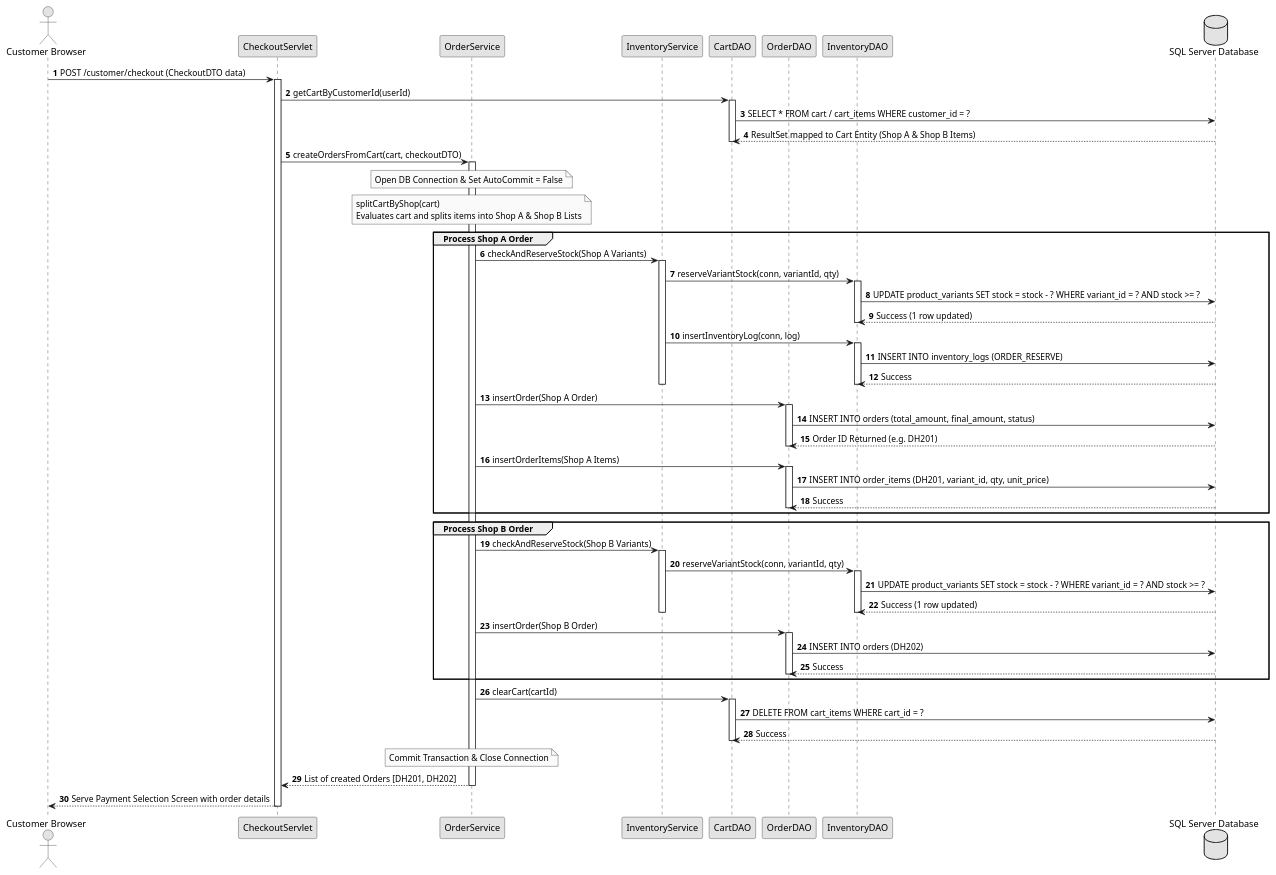
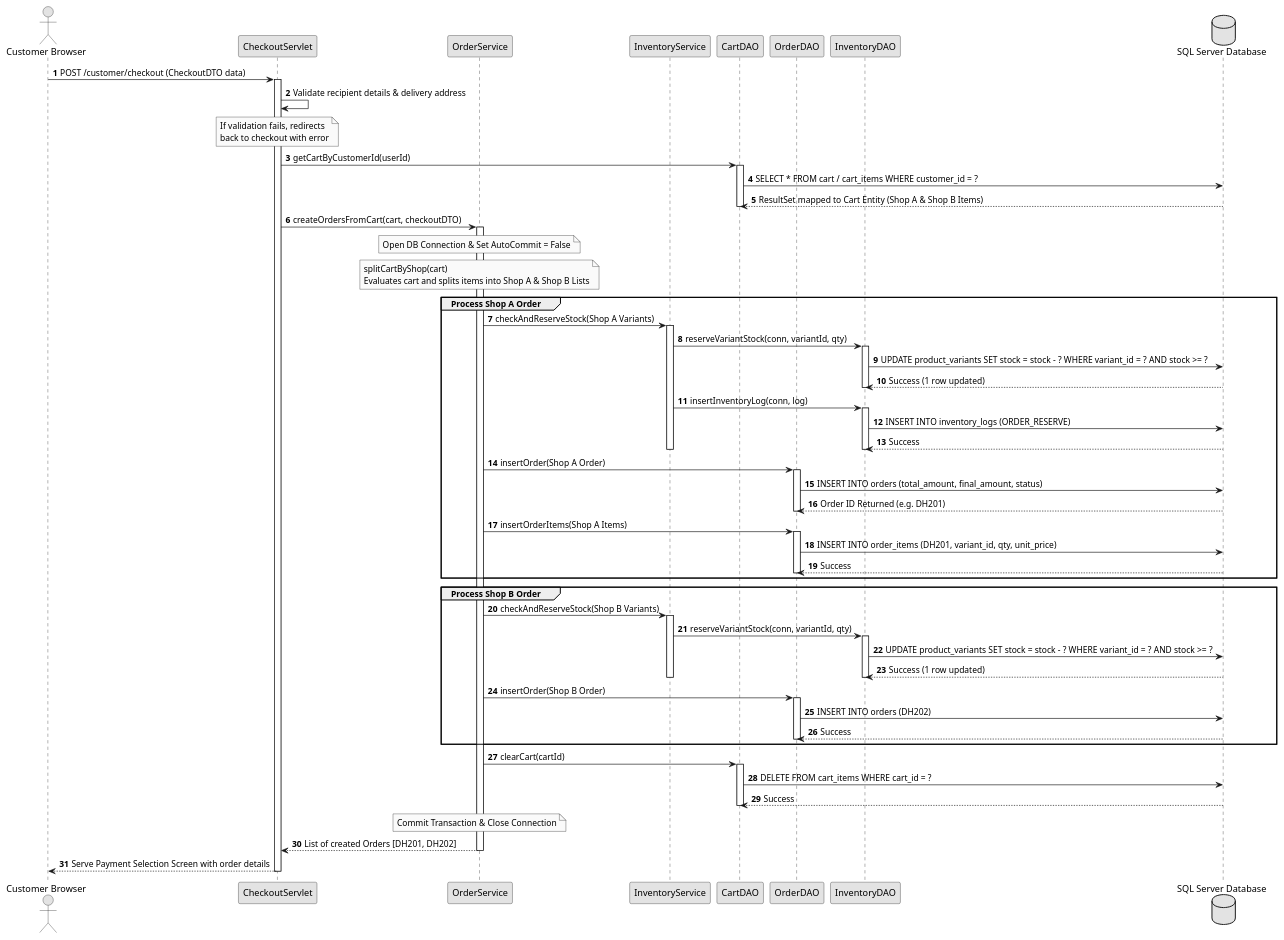
One commit to DuongMinhHoangHE191087/Ban_Hoa_Qua_Online changed the ninth of 11 diagrams in docs/SRS_Full/SRS_Detailed_Design_Specification.md. Above: the diagram before and after it, drawn with PlantUML. The commit also changed other lines of this file and 8 other files, not shown here.

```diff
--- a/docs/SRS_Full/SRS_Detailed_Design_Specification.md
+++ b/docs/SRS_Full/SRS_Detailed_Design_Specification.md
@@ -524,6 +547,8 @@
 
 Customer -> Ctrl: POST /customer/checkout (CheckoutDTO data)
 activate Ctrl
+Ctrl -> Ctrl: Validate recipient details & delivery address
+note over Ctrl: If validation fails, redirects\nback to checkout with error
 Ctrl -> CartDAO: getCartByCustomerId(userId)
 activate CartDAO
 CartDAO -> DB: SELECT * FROM cart / cart_items WHERE customer_id = ?
```
